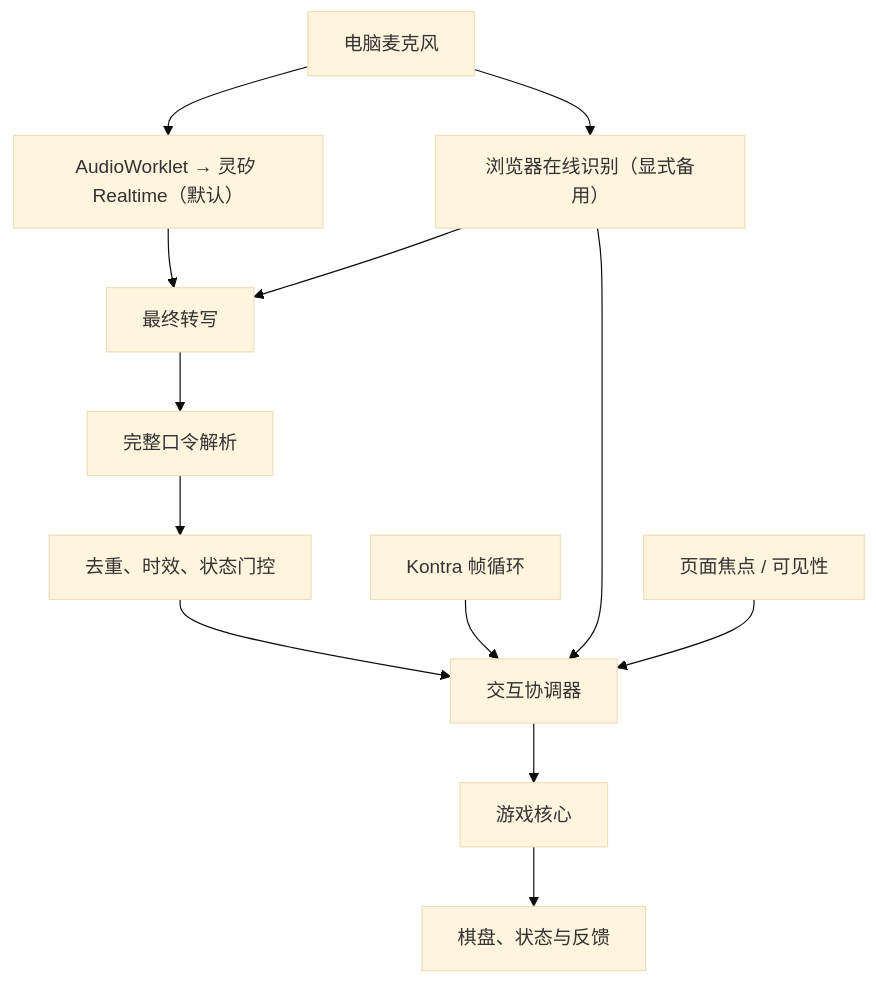
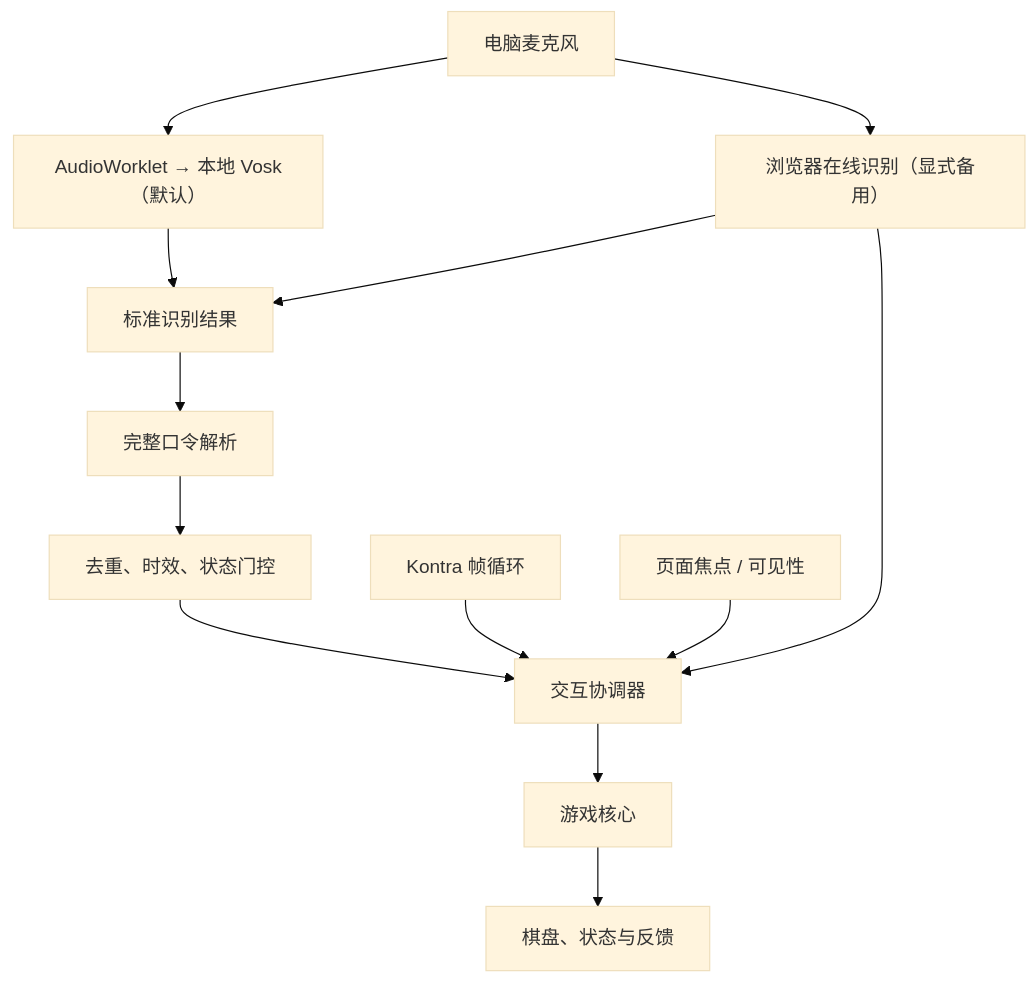
Before and after one commit to zhujingoy/voice-snake: the first of 3 diagrams in docs/architecture.md, drawn with Mermaid (base theme). The commit also changed other lines of this file and 30 other files, not shown here.

First line of the commit message:
Revert "feat: add optional Lingxi Realtime voice engine (#8)"

````diff
--- a/docs/architecture.md
+++ b/docs/architecture.md
@@ -9,15 +9,15 @@
 ```mermaid
 flowchart TD
-  Mic["电脑麦克风"] --> Lingxi["AudioWorklet → 灵矽 Realtime（默认）"]
-  Lingxi --> Input["最终转写"]
+  Mic["电脑麦克风"] --> Local["AudioWorklet → 本地 Vosk（默认）"]
   Mic --> Browser["浏览器在线识别（显式备用）"]
-  Browser --> Input
+  Browser --> Input["标准识别结果"]
+  Local --> Input
   Input --> Parser["完整口令解析"]
   Parser --> Gate["去重、时效、状态门控"]
   Gate --> Coordinator["交互协调器"]
   Coordinator --> Game["游戏核心"]
   Loop["Kontra 帧循环"] --> Coordinator
   Game --> View["棋盘、状态与反馈"]
   Browser --> Coordinator
   Focus["页面焦点 / 可见性"] --> Coordinator
 ```
````
